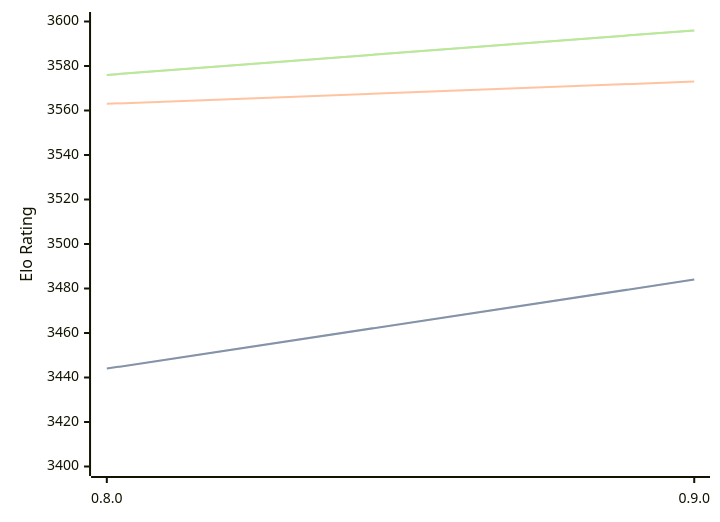
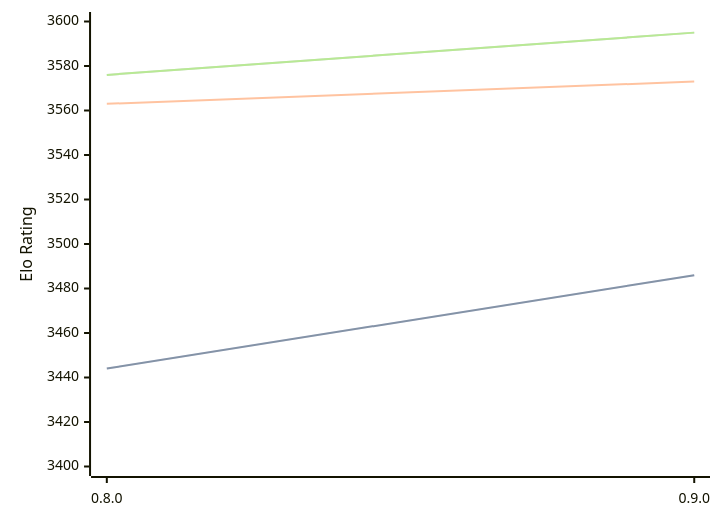
Before and after one commit to computer-chess-index/cci: the diagram in engines/Reckless.md, drawn with Mermaid. The commit also changed other lines of this file, not shown here.

Commit message:
Update CCI Ratings (ELO VLTC) - 2026-09-03

````diff
--- a/engines/Reckless.md
+++ b/engines/Reckless.md
@@ -32,11 +32,11 @@
 ```mermaid
 %%{init: {"theme":"base","themeVariables":{"seriesColors:['#a3a3a3','#222221','#faa371']}}}%%
 xychart-beta
   x-axis ["0.8.0", "0.9.0"]
   y-axis "Elo Rating" 3400 --> 3600
-  line "" [3444, 3484]
-  line "STC (8.0+0.08s)" [3444, 3484]
+  line "" [3444, 3486]
+  line "STC (8.0+0.08s)" [3444, 3486]
   line "LTC (60.0+0.60s)" [3563, 3573]
-  line "" [3576, 3596]
-  line "VLTC (2m24s+1.12s)" [3576, 3596]
+  line "" [3576, 3595]
+  line "VLTC (2m24s+1.12s)" [3576, 3595]
 ```
````
